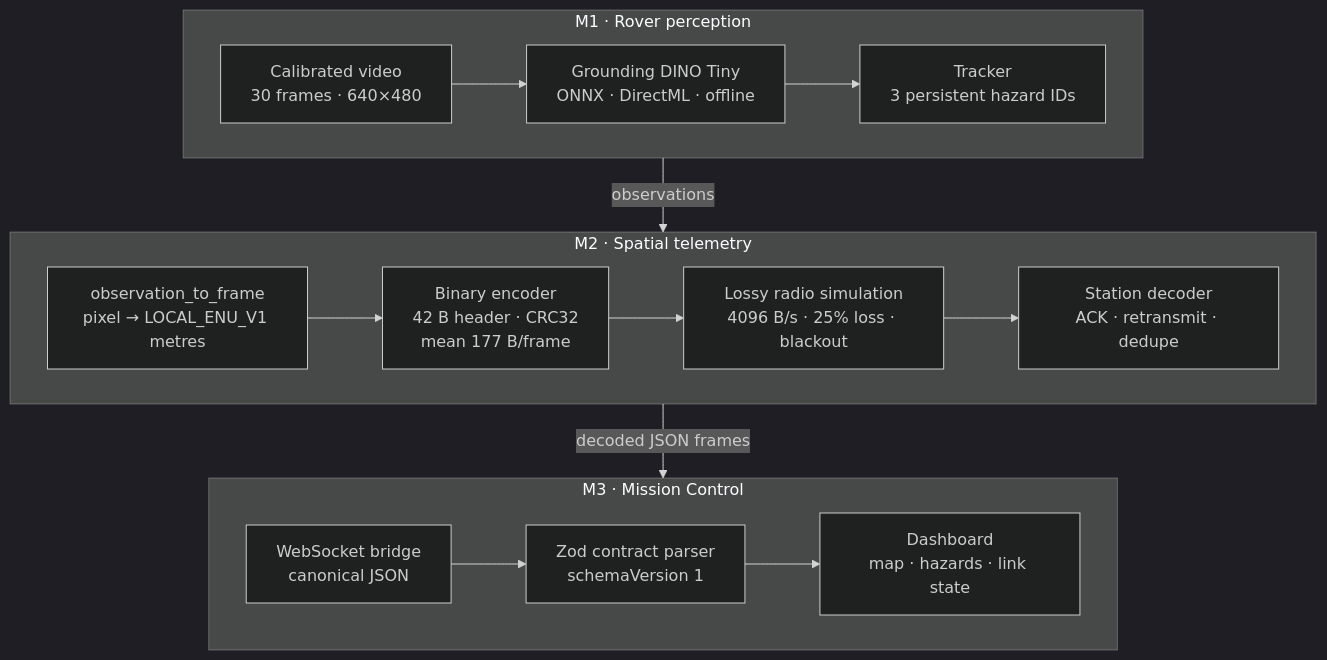
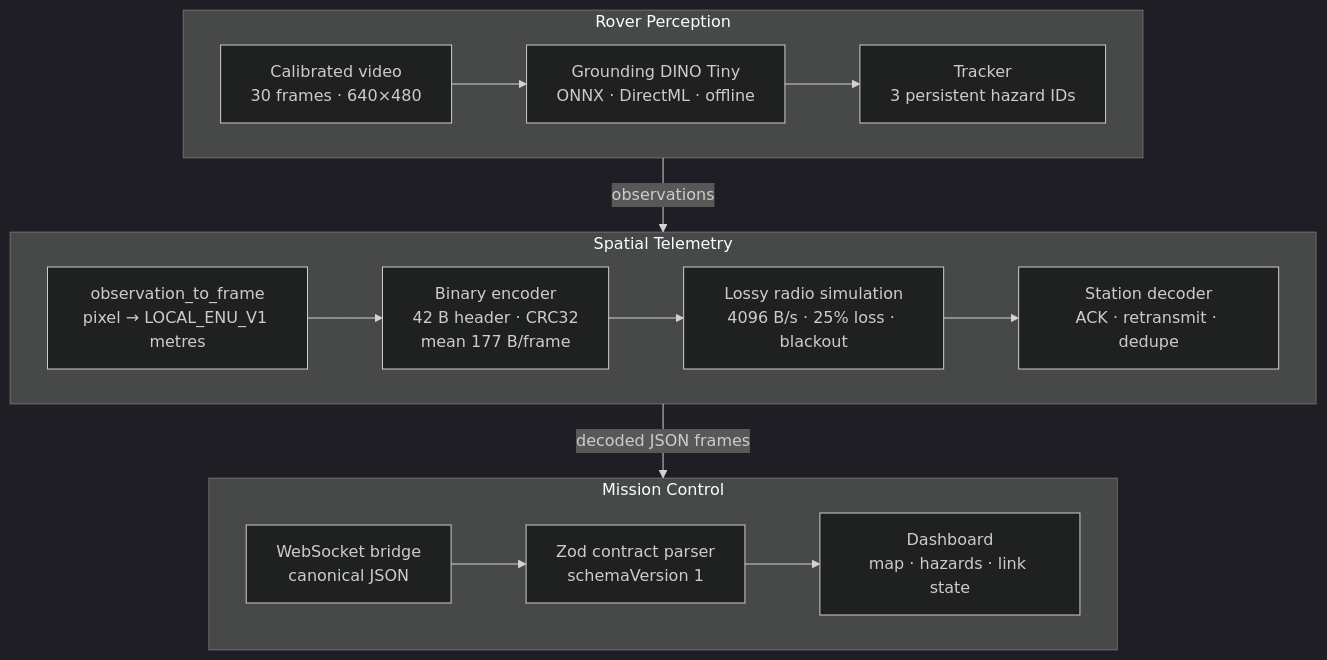
One commit to omarfh111/C.R.A.T.E.R changed the first of 3 diagrams in README.md. Above: the diagram before and after it, drawn with Mermaid (dark theme). The commit also changed other lines of this file and 2 other files, not shown here.

````diff
--- a/README.md
+++ b/README.md
@@ -91,19 +91,19 @@
 ```mermaid
 flowchart TB
-  subgraph M1["M1 · Rover perception"]
+  subgraph PERCEPTION["Rover Perception"]
     direction LR
     V["Calibrated video<br/>30 frames · 640×480"] --> D["Grounding DINO Tiny<br/>ONNX · DirectML · offline"] --> T["Tracker<br/>3 persistent hazard IDs"]
   end
 
-  subgraph M2["M2 · Spatial telemetry"]
+  subgraph TELEMETRY["Spatial Telemetry"]
     direction LR
     P["observation_to_frame<br/>pixel → LOCAL_ENU_V1 metres"] --> E["Binary encoder<br/>42 B header · CRC32<br/>mean 177 B/frame"] --> R["Lossy radio simulation<br/>4096 B/s · 25% loss · blackout"] --> S["Station decoder<br/>ACK · retransmit · dedupe"]
   end
 
-  subgraph M3["M3 · Mission Control"]
+  subgraph CONTROL["Mission Control"]
     direction LR
     W["WebSocket bridge<br/>canonical JSON"] --> Z["Zod contract parser<br/>schemaVersion 1"] --> U["Dashboard<br/>map · hazards · link state"]
   end
 
-  M1 -->|"observations"| M2 -->|"decoded JSON frames"| M3
+  PERCEPTION -->|"observations"| TELEMETRY -->|"decoded JSON frames"| CONTROL
 ```
````
